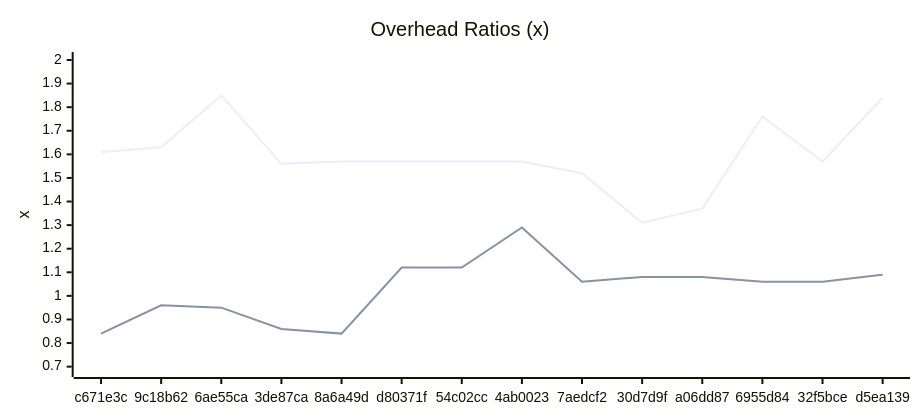
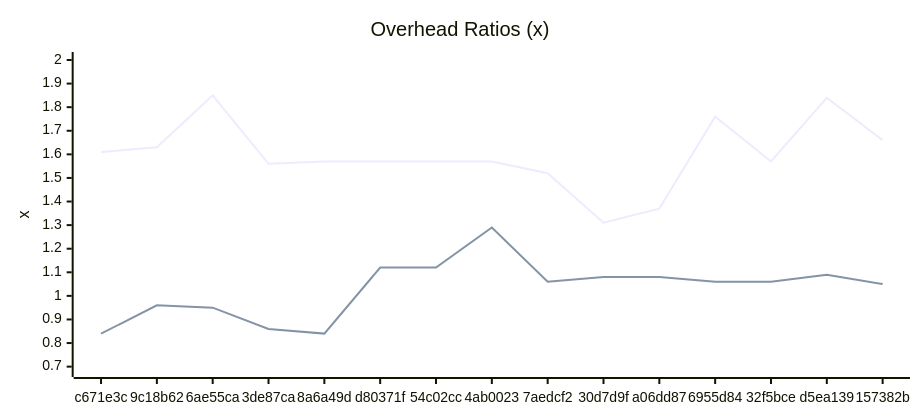
Before and after one commit to Ikolvi/titan: the sixth of 6 diagrams in docs/BENCHMARKS.md, drawn with Mermaid. The commit also changed other lines of this file, not shown here.

````diff
--- a/docs/BENCHMARKS.md
+++ b/docs/BENCHMARKS.md
@@ -202,15 +213,15 @@
 ```mermaid
 ---
 config:
     xyChart:
         width: 900
         height: 400
         plotColorPalette: "#4e79a7, #f28e2c, #e15759, #76b7b2, #59a14f, #edc949"
 ---
 xychart-beta
     title "Overhead Ratios (x)"
-    x-axis ["c671e3c", "9c18b62", "6ae55ca", "3de87ca", "8a6a49d", "d80371f", "54c02cc", "4ab0023", "7aedcf2", "30d7d9f", "a06dd87", "6955d84", "32f5bce", "d5ea139"]
+    x-axis ["c671e3c", "9c18b62", "6ae55ca", "3de87ca", "8a6a49d", "d80371f", "54c02cc", "4ab0023", "7aedcf2", "30d7d9f", "a06dd87", "6955d84", "32f5bce", "d5ea139", "157382b"]
     y-axis "x" 0.69 --> 2.00
-    line [1.61, 1.63, 1.85, 1.56, 1.57, 1.57, 1.57, 1.57, 1.52, 1.31, 1.37, 1.76, 1.57, 1.84]
-    line [0.84, 0.96, 0.95, 0.86, 0.84, 1.12, 1.12, 1.29, 1.06, 1.08, 1.08, 1.06, 1.06, 1.09]
+    line [1.61, 1.63, 1.85, 1.56, 1.57, 1.57, 1.57, 1.57, 1.52, 1.31, 1.37, 1.76, 1.57, 1.84, 1.66]
+    line [0.84, 0.96, 0.95, 0.86, 0.84, 1.12, 1.12, 1.29, 1.06, 1.08, 1.08, 1.06, 1.06, 1.09, 1.05]
 ```
````
